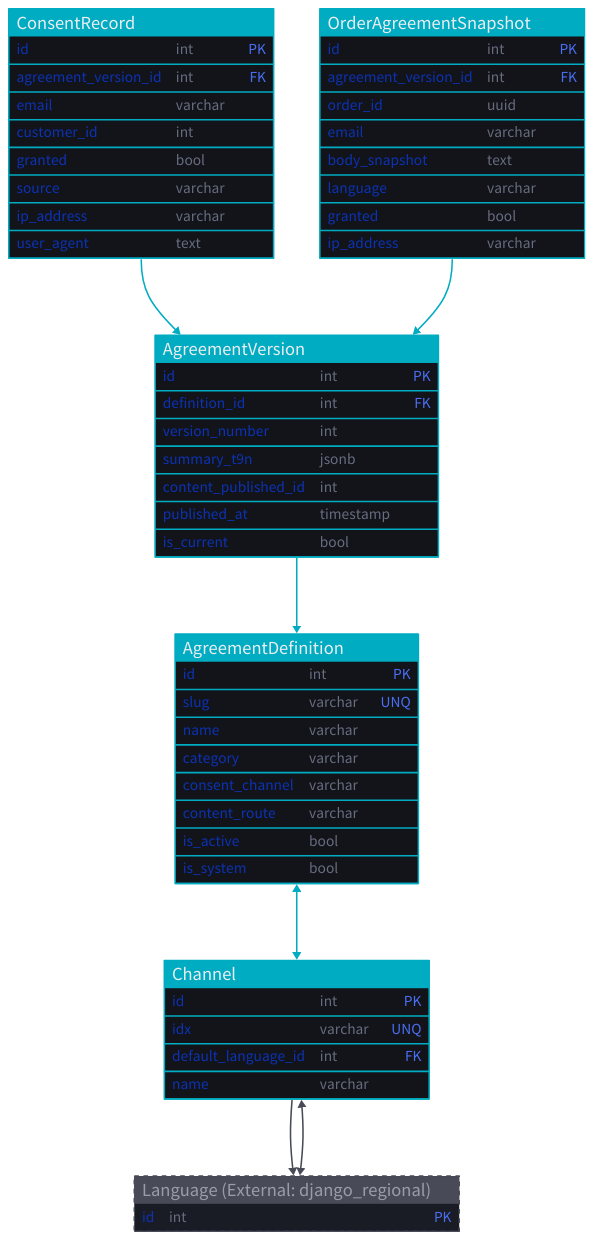
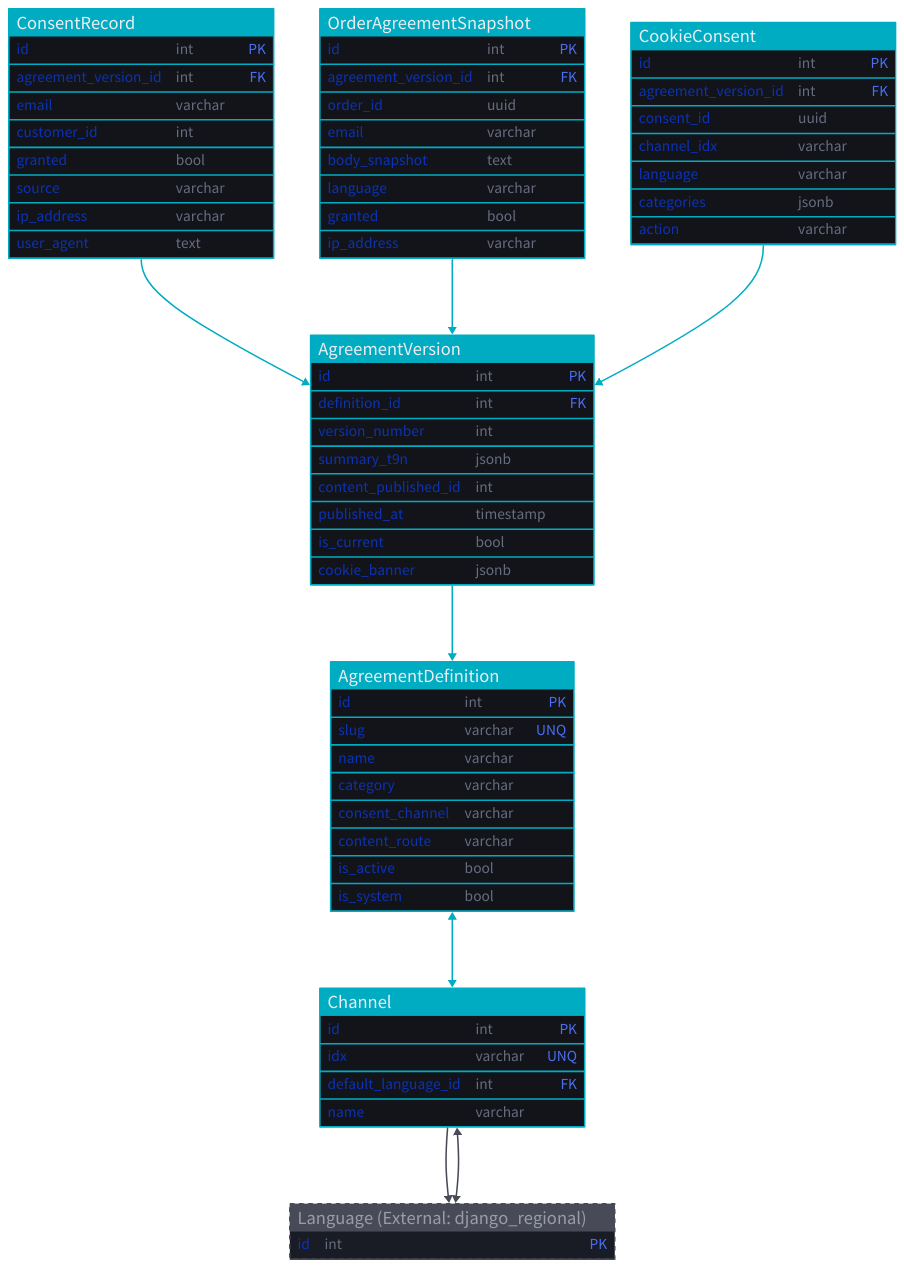
One commit to entirius/entirius-django-agreements changed the first of 2 diagrams in docs/erd.md. Above: the diagram before and after it, drawn with D2. The commit also changed 7 other files, not shown here.

Commit message:
docs(agreements): cookie consent page, settings and throttle, signals.md and master-data corrected to the code, ERD with CookieConsent

````diff
--- a/docs/erd.md
+++ b/docs/erd.md
@@ -53,6 +53,7 @@
   content_published_id: int
   published_at: timestamp
   is_current: bool
+  cookie_banner: jsonb
 }
 
 ConsentRecord: {
@@ -85,6 +86,20 @@
   ip_address: varchar
 }
 
+CookieConsent: {
+  shape: sql_table
+  style.fill: "#00ACC1"
+  style.stroke: "#12141A"
+  style.font-color: "#EBEDF2"
+  id: int {constraint: primary_key}
+  agreement_version_id: int {constraint: foreign_key}
+  consent_id: uuid
+  channel_idx: varchar
+  language: varchar
+  categories: jsonb
+  action: varchar
+}
+
 Language: {
   shape: sql_table
   style.fill: "#484B57"
@@ -108,4 +123,6 @@
 ConsentRecord.agreement_version_id -> AgreementVersion.id: {style.stroke: "#00ACC1"}
 
 OrderAgreementSnapshot.agreement_version_id -> AgreementVersion.id: {style.stroke: "#00ACC1"}
+
+CookieConsent.agreement_version_id -> AgreementVersion.id: {style.stroke: "#00ACC1"}
 ```
````
